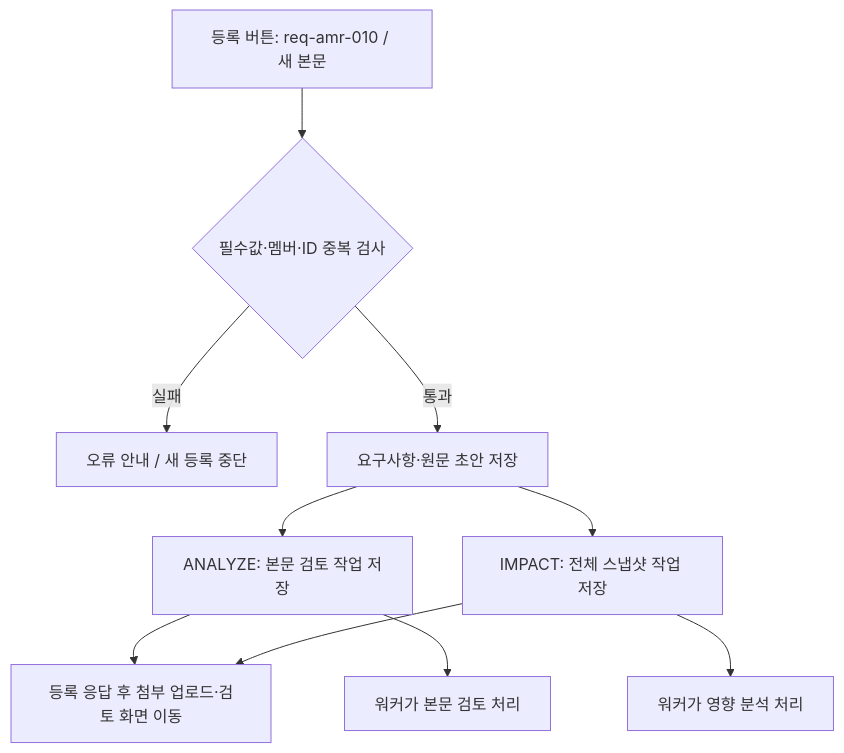
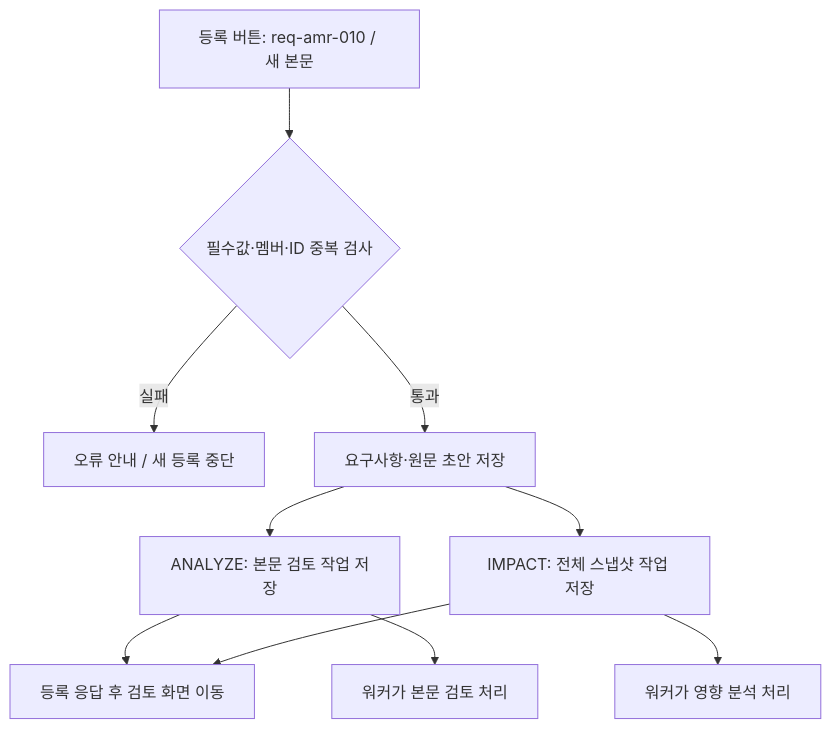
The second of 5 diagrams in README.md (jihunhan98/semes-superrookie), drawn with Mermaid before and after one commit. The commit also changed other lines of this file, not shown here.

````diff
--- a/README.md
+++ b/README.md
@@ -130,12 +130,12 @@
 ```mermaid
 flowchart TD
   A["등록 버튼: req-amr-010 / 새 본문"] --> B{"필수값·멤버·ID 중복 검사"}
   B -->|실패| C["오류 안내 / 새 등록 중단"]
   B -->|통과| D["요구사항·원문 초안 저장"]
   D --> E["ANALYZE: 본문 검토 작업 저장"]
   D --> F["IMPACT: 전체 스냅샷 작업 저장"]
-  E --> G["등록 응답 후 첨부 업로드·검토 화면 이동"]
+  E --> G["등록 응답 후 검토 화면 이동"]
   F --> G
   E --> H["워커가 본문 검토 처리"]
   F --> I["워커가 영향 분석 처리"]
 ```
````
